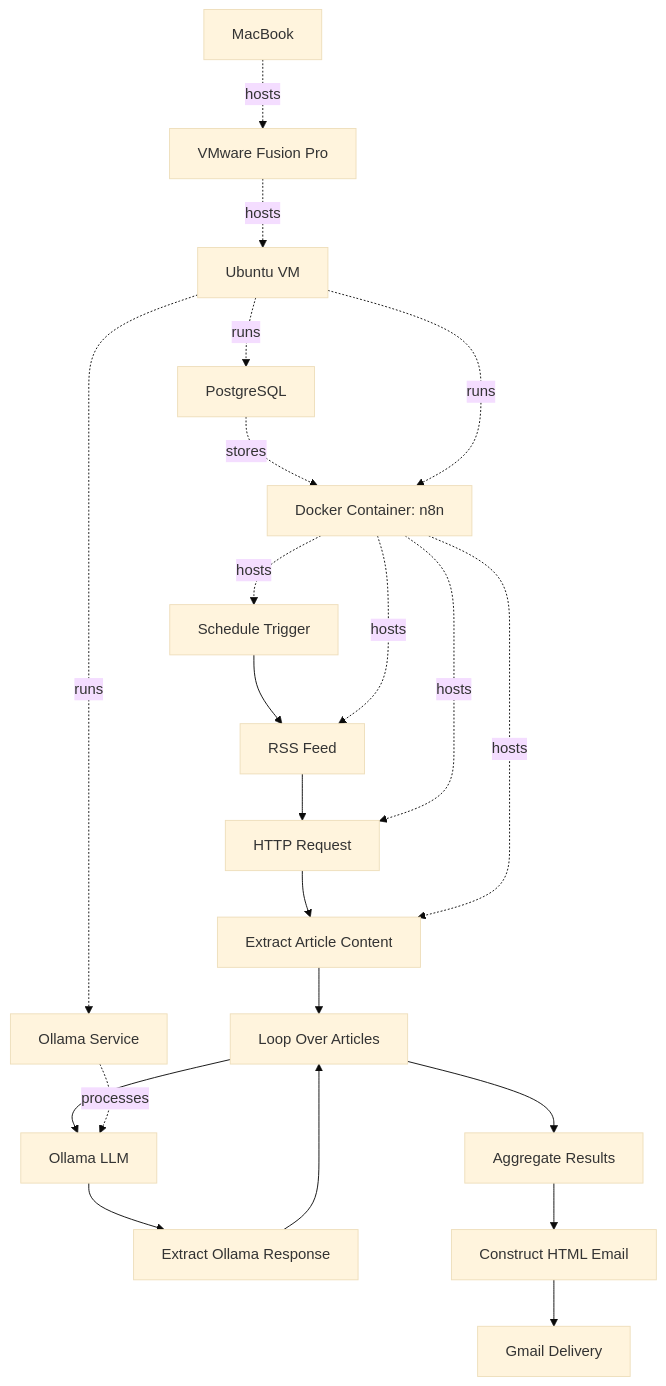
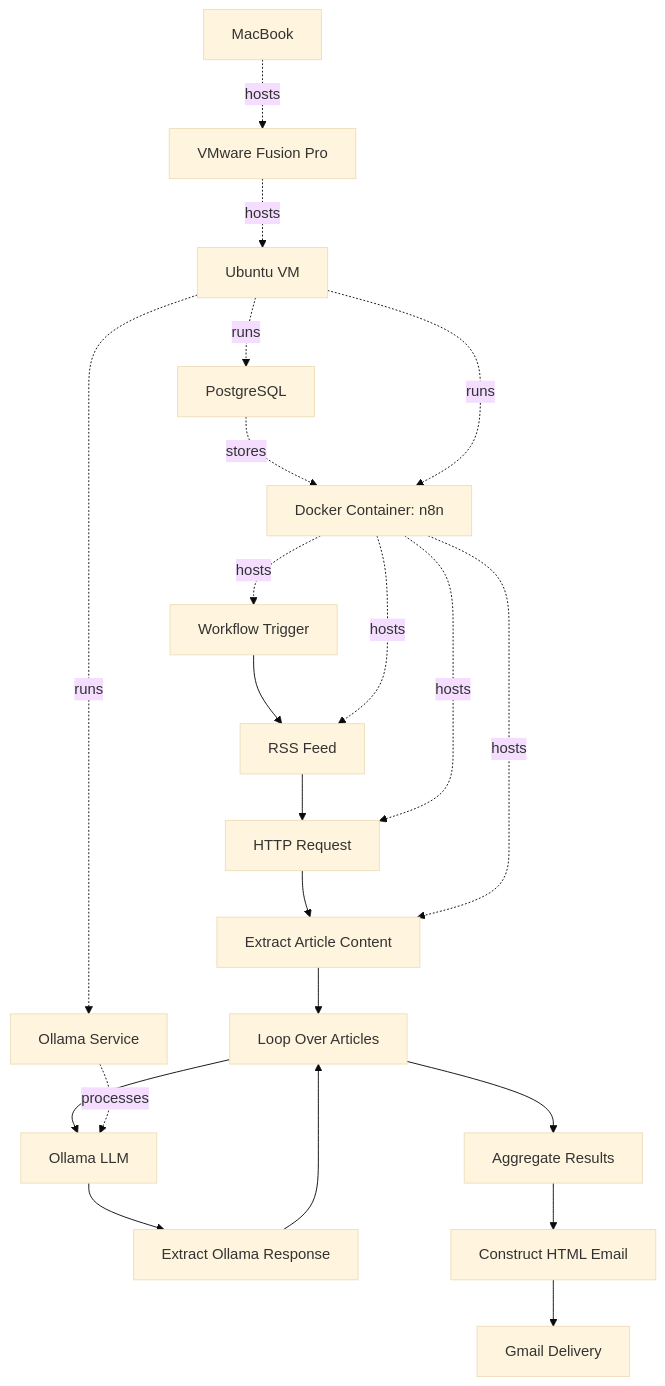
The diagram in README.md (chung1007/cyber-threat-intelligence-digest), drawn with Mermaid (base theme) before and after one commit.

````diff
--- a/README.md
+++ b/README.md
@@ -12,31 +12,31 @@
 ```mermaid
 flowchart TD
-    A[Schedule Trigger] --> B[RSS Feed]
+    A[Workflow Trigger] --> B[RSS Feed]
     B --> C[HTTP Request]
     C --> D[Extract Article Content]
 
     D --> E[Loop Over Articles]
     E --> F[Ollama LLM]
     F --> G[Extract Ollama Response]
     G --> E
 
     E --> H[Aggregate Results]
     H --> I[Construct HTML Email]
     I --> J[Gmail Delivery]
 
     K[Docker Container: n8n] -. hosts .-> A
     K -. hosts .-> B
     K -. hosts .-> C
     K -. hosts .-> D
 
     L[Ollama Service] -. processes .-> F
 
     M[PostgreSQL] -. stores .-> K
 
     N[Ubuntu VM] -. runs .-> K
     N -. runs .-> L
     N -. runs .-> M
 
     O[VMware Fusion Pro] -. hosts .-> N
     P[MacBook] -. hosts .-> O
 ```
````
